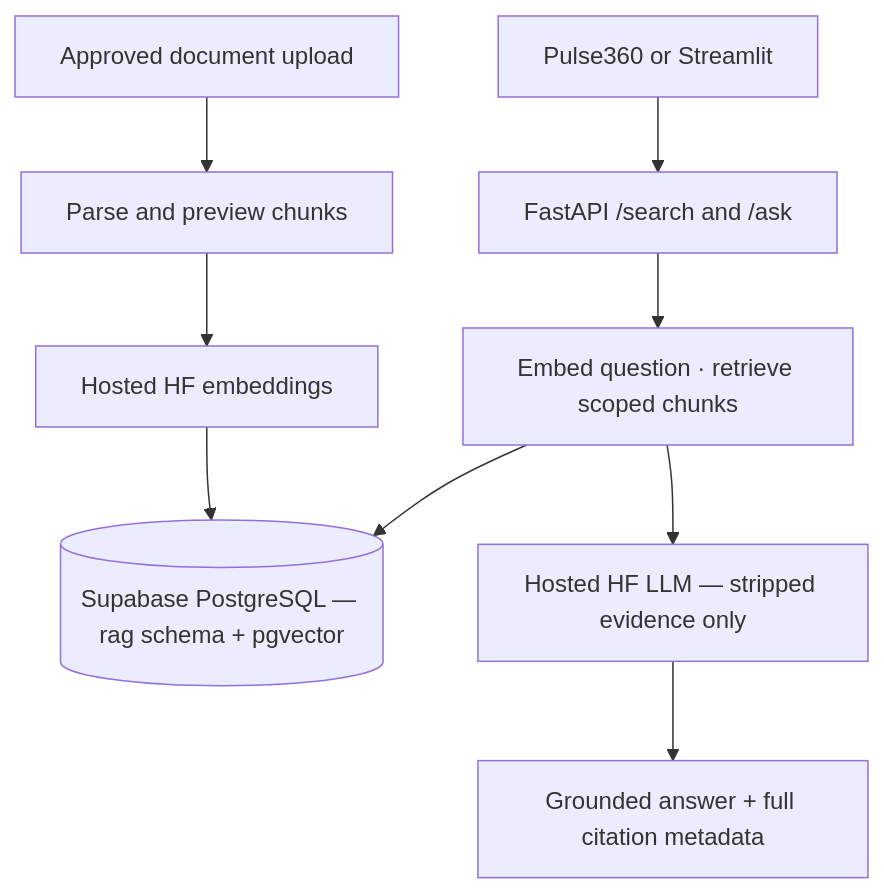
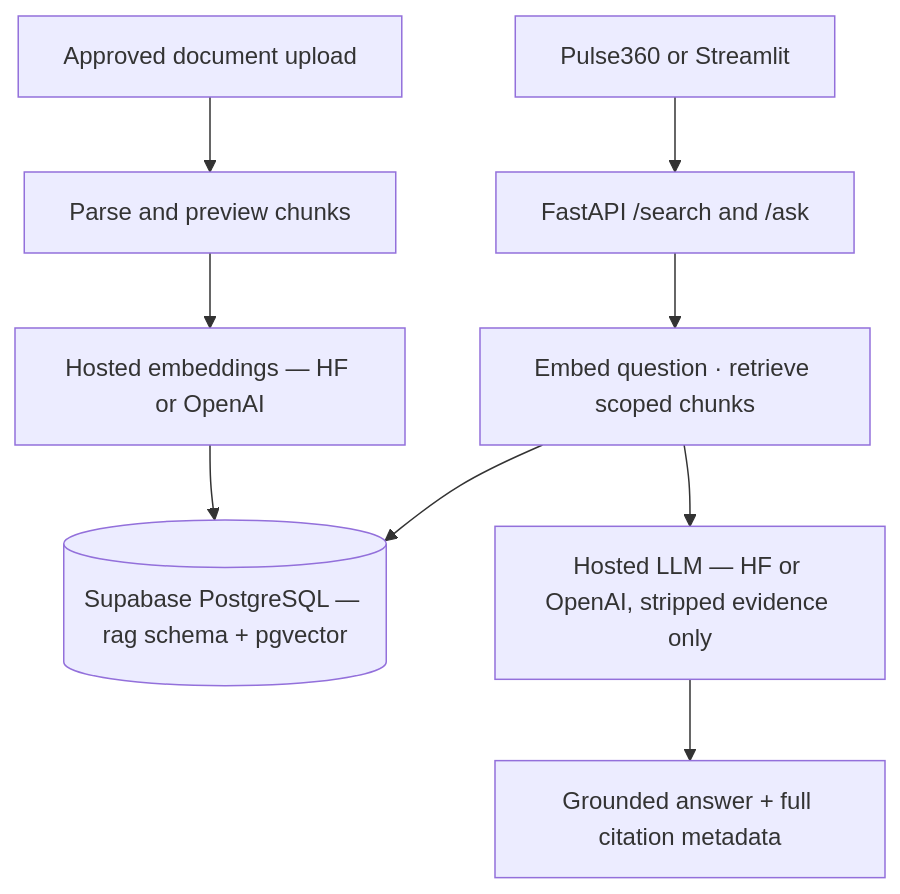
One commit to Shotza247/Supabas_pulse360_RAG changed the diagram in README.md. Above: the diagram before and after it, drawn with Mermaid. The commit also changed other lines of this file and 6 other files, not shown here.

````diff
--- a/README.md
+++ b/README.md
@@ -31,11 +40,11 @@
 ```mermaid
 flowchart TD
     UI[Pulse360 or Streamlit] --> API[FastAPI /search and /ask]
     Upload[Approved document upload] --> Parse[Parse and preview chunks]
-    Parse --> Embed[Hosted HF embeddings]
+    Parse --> Embed[Hosted embeddings — HF or OpenAI]
     Embed --> DB[(Supabase PostgreSQL — rag schema + pgvector)]
     API --> Query[Embed question · retrieve scoped chunks]
     Query --> DB
-    Query --> LLM[Hosted HF LLM — stripped evidence only]
+    Query --> LLM[Hosted LLM — HF or OpenAI, stripped evidence only]
     LLM --> Answer[Grounded answer + full citation metadata]
 ```
````
